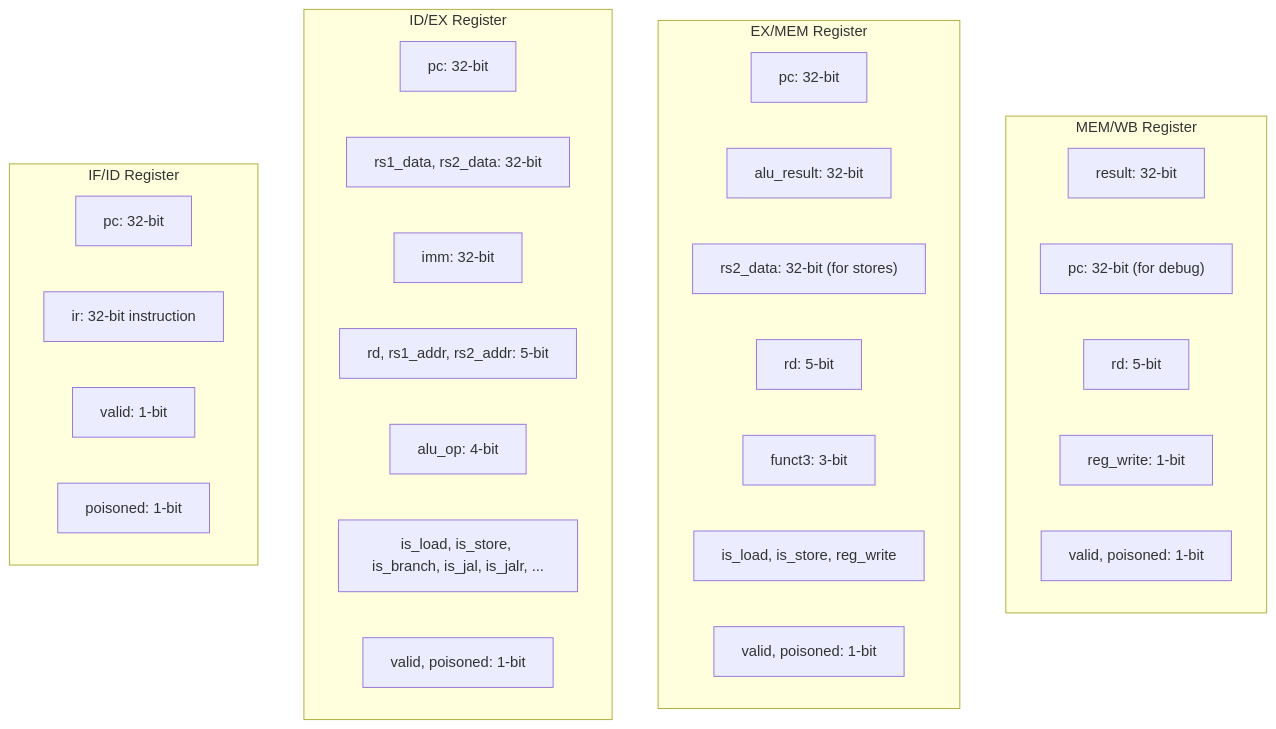
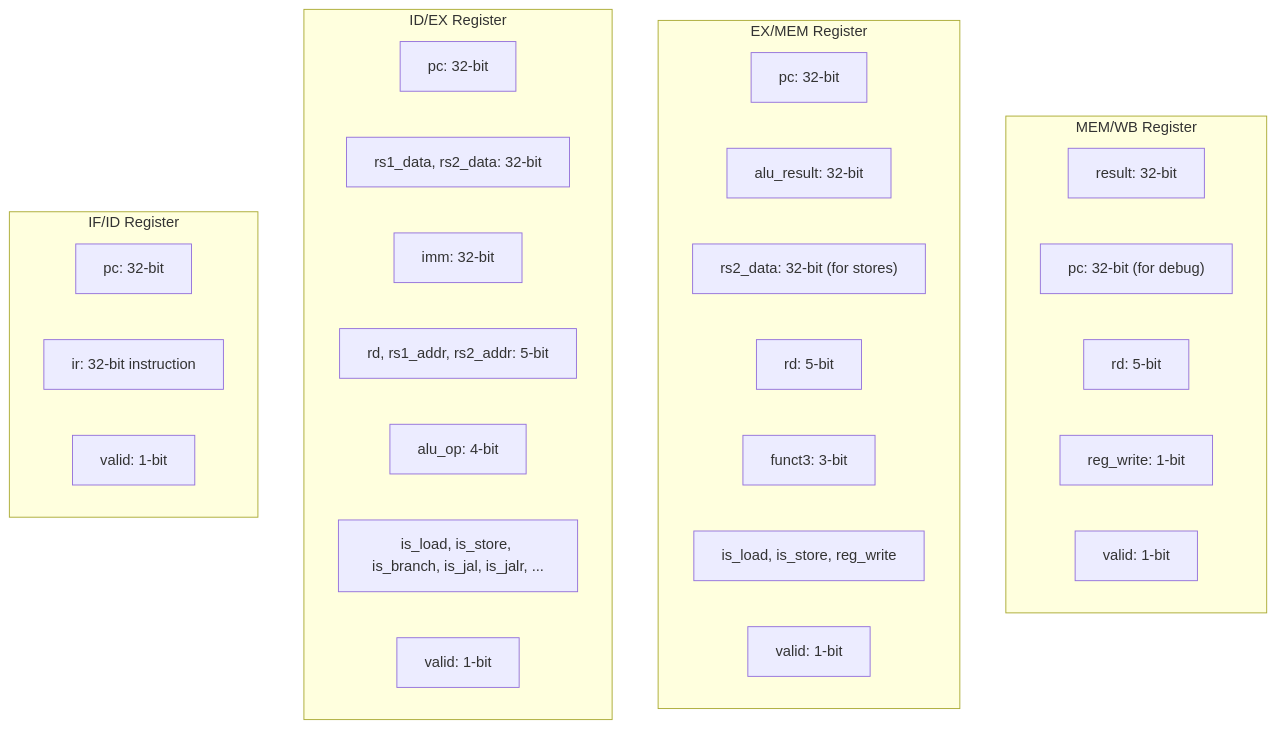
Before and after one commit to paudiaz99/Z-Core: the sixth of 10 diagrams in doc/PIPELINE.md, drawn with Mermaid. The commit also changed other lines of this file and 3 other files, not shown here.

````diff
--- a/doc/PIPELINE.md
+++ b/doc/PIPELINE.md
@@ -189,37 +189,36 @@
 ```mermaid
 graph TD
     subgraph MEM_WB["MEM/WB Register"]
         D1["result: 32-bit"]
         D2["pc: 32-bit (for debug)"]
         D3["rd: 5-bit"]
         D4["reg_write: 1-bit"]
-        D5["valid, poisoned: 1-bit"]
+        D5["valid: 1-bit"]
     end
 
     subgraph EX_MEM["EX/MEM Register"]
         C1["pc: 32-bit"]
         C2["alu_result: 32-bit"]
         C3["rs2_data: 32-bit (for stores)"]
         C4["rd: 5-bit"]
         C5["funct3: 3-bit"]
         C6["is_load, is_store, reg_write"]
-        C7["valid, poisoned: 1-bit"]
+        C7["valid: 1-bit"]
     end
 
     subgraph ID_EX["ID/EX Register"]
         B1["pc: 32-bit"]
         B2["rs1_data, rs2_data: 32-bit"]
         B3["imm: 32-bit"]
         B4["rd, rs1_addr, rs2_addr: 5-bit"]
         B5["alu_op: 4-bit"]
         B6["is_load, is_store, is_branch, is_jal, is_jalr, ..."]
-        B7["valid, poisoned: 1-bit"]
+        B7["valid: 1-bit"]
     end
 
     subgraph IF_ID["IF/ID Register"]
         A1["pc: 32-bit"]
         A2["ir: 32-bit instruction"]
         A3["valid: 1-bit"]
-        A4["poisoned: 1-bit"]
     end
 ```
````
